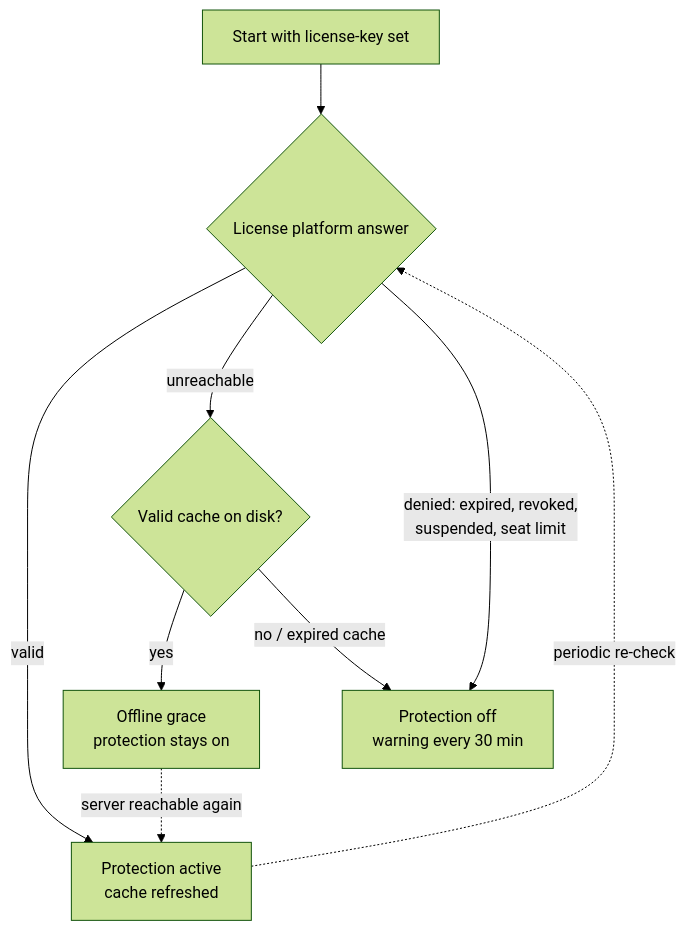
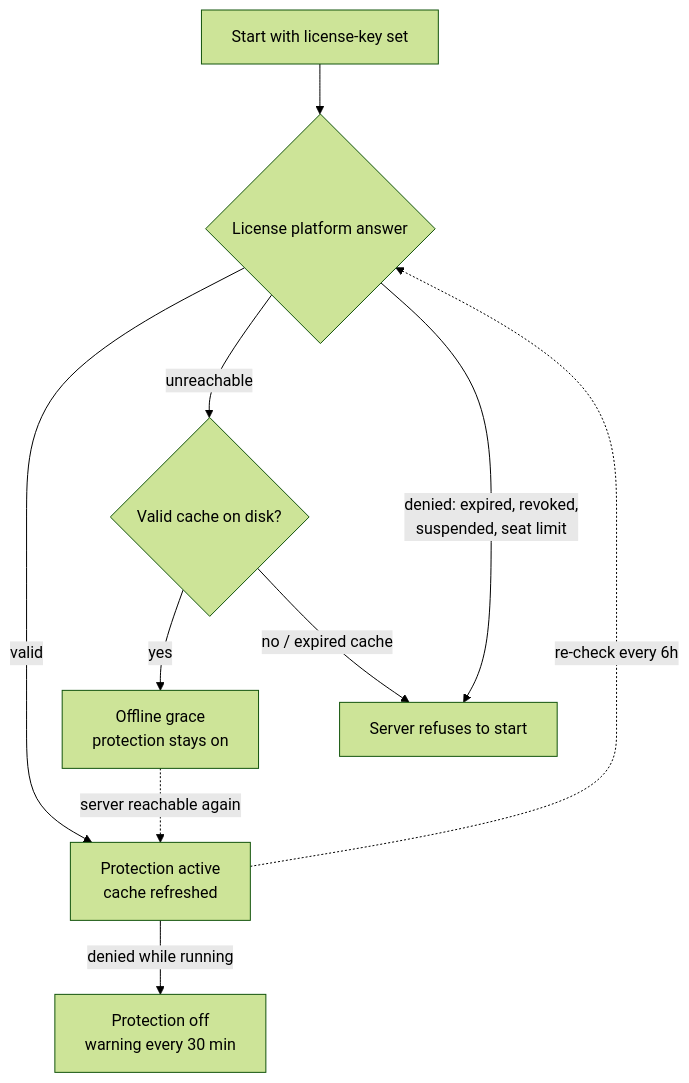
Before and after one commit to AnAverageBeing/pingless-studios-docs: the diagram in docs/nitrocord/getting-started/licensing.md, drawn with Mermaid (forest theme). The commit also changed other lines of this file and 300 other files, not shown here.

````diff
--- a/docs/nitrocord/getting-started/licensing.md
+++ b/docs/nitrocord/getting-started/licensing.md
@@ -86,11 +98,12 @@
 ```mermaid
 flowchart TD
     A["Start with license-key set"] --> B{"License platform answer"}
     B -->|"valid"| C["Protection active<br/>cache refreshed"]
     B -->|"unreachable"| D{"Valid cache on disk?"}
     D -->|"yes"| E["Offline grace<br/>protection stays on"]
-    D -->|"no / expired cache"| F["Protection off<br/>warning every 30 min"]
+    D -->|"no / expired cache"| F["Server refuses to start"]
     B -->|"denied: expired, revoked,<br/>suspended, seat limit"| F
-    C -.->|"periodic re-check"| B
+    C -.->|"re-check every 6h"| B
+    C -->|"denied while running"| G["Protection off<br/>warning every 30 min"]
     E -.->|"server reachable again"| C
 ```
````
